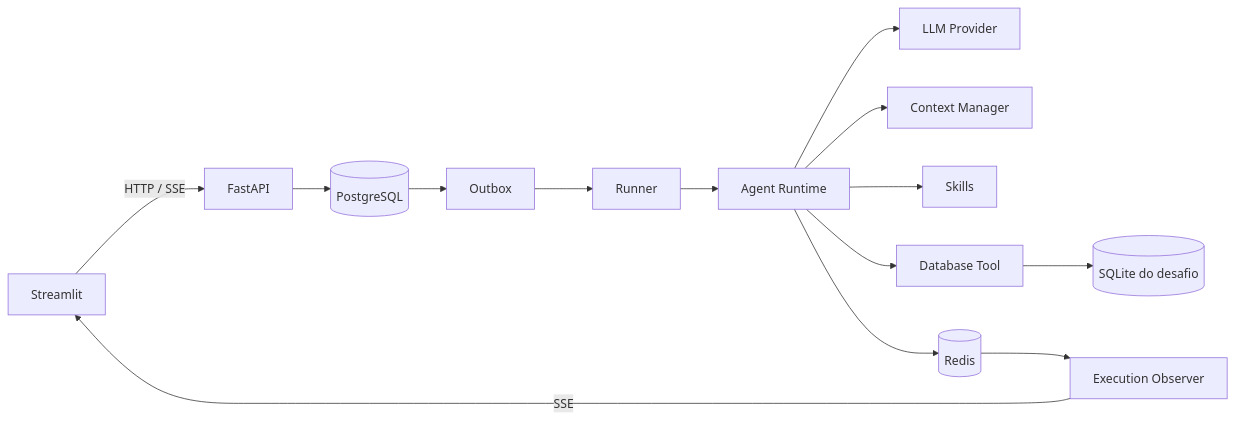
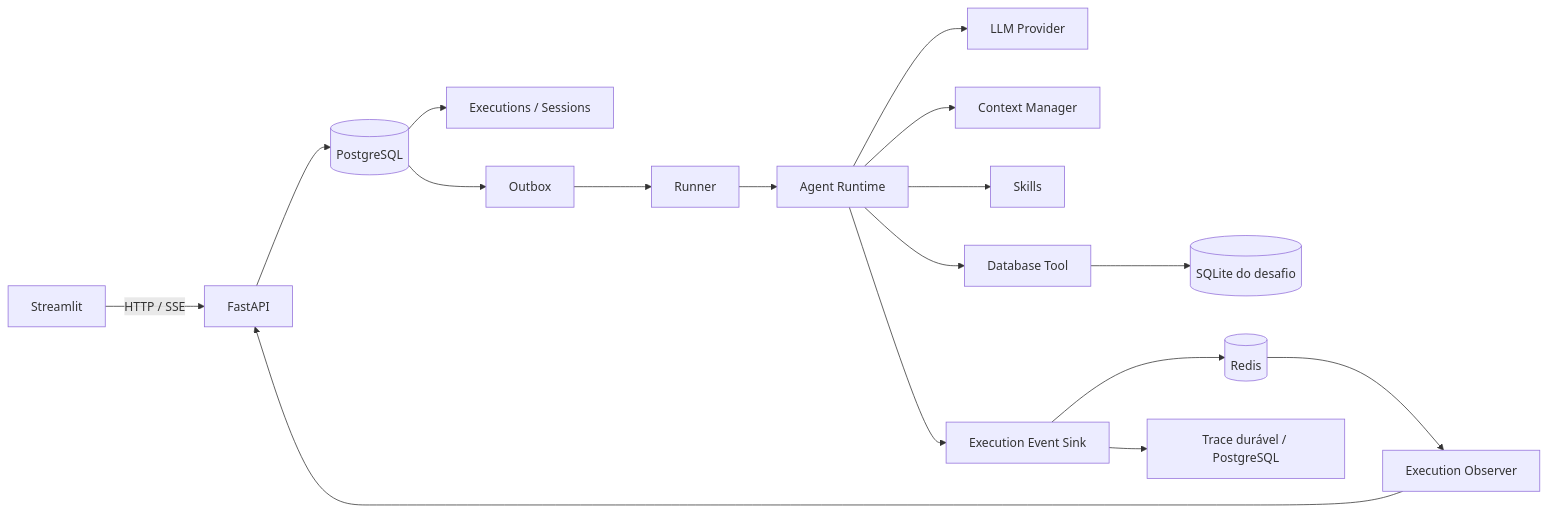
Before and after one commit to A1b3rt0M3rcad0/desafio-franq: the second of 2 diagrams in README.md, drawn with Mermaid. The commit also changed other lines of this file, not shown here.

Commit message:
docs: align README with implemented architecture

````diff
--- a/README.md
+++ b/README.md
@@ -61,16 +63,19 @@
 ```mermaid
 flowchart LR
     UI[Streamlit] -->|HTTP / SSE| API[FastAPI]
     API --> PG[(PostgreSQL)]
+    PG --> EX[Executions / Sessions]
     PG --> OB[Outbox]
     OB --> RUN[Runner]
     RUN --> AR[Agent Runtime]
     AR --> LLM[LLM Provider]
     AR --> CTX[Context Manager]
     AR --> SK[Skills]
     AR --> TOOL[Database Tool]
     TOOL --> SQ[(SQLite do desafio)]
-    AR --> REDIS[(Redis)]
+    AR --> SINK[Execution Event Sink]
+    SINK --> REDIS[(Redis)]
+    SINK --> TRACE[Trace durável / PostgreSQL]
     REDIS --> OBS[Execution Observer]
-    OBS -->|SSE| UI
+    OBS --> API
 ```
````
